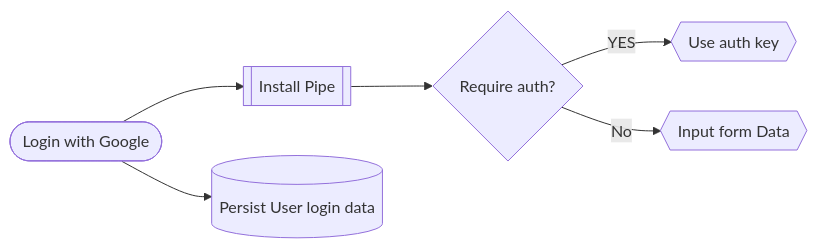
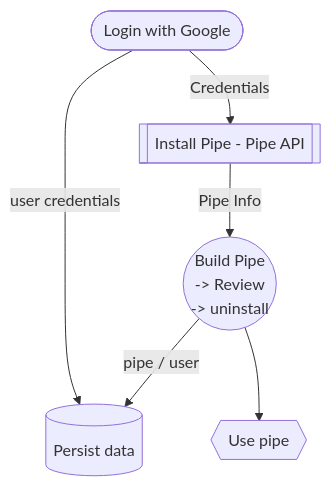
Before and after one commit to theterminalguy/writeonce: the diagram in PIPE_FLOW.md, drawn with Mermaid. The commit also changed 6 other files, not shown here.

Commit message:
Implement pipe build

````diff
--- a/PIPE_FLOW.md
+++ b/PIPE_FLOW.md
@@ -3,8 +3,8 @@
 ```mermaid
-flowchart LR
-Start([Login with Google]) --> B[[Install Pipe]]
-Start --> Save[(Persist User login data)]
-B --> C{Require auth?}
-C -->|YES| D{{Use auth key}}
-C -->|No| E{{Input form Data}}
+flowchart TD
+Start([Login with Google]) --> |Credentials| PipeServer[[Install Pipe - Pipe API]]
+Start --> |user credentials| Save[(Persist data)]
+PipeServer --> |Pipe Info| Builder((Build Pipe \n -> Review  \n -> uninstall))
+Builder --> |pipe / user| Save[(Persist data)]
+Builder -->D{{Use pipe}}
 ```
````
